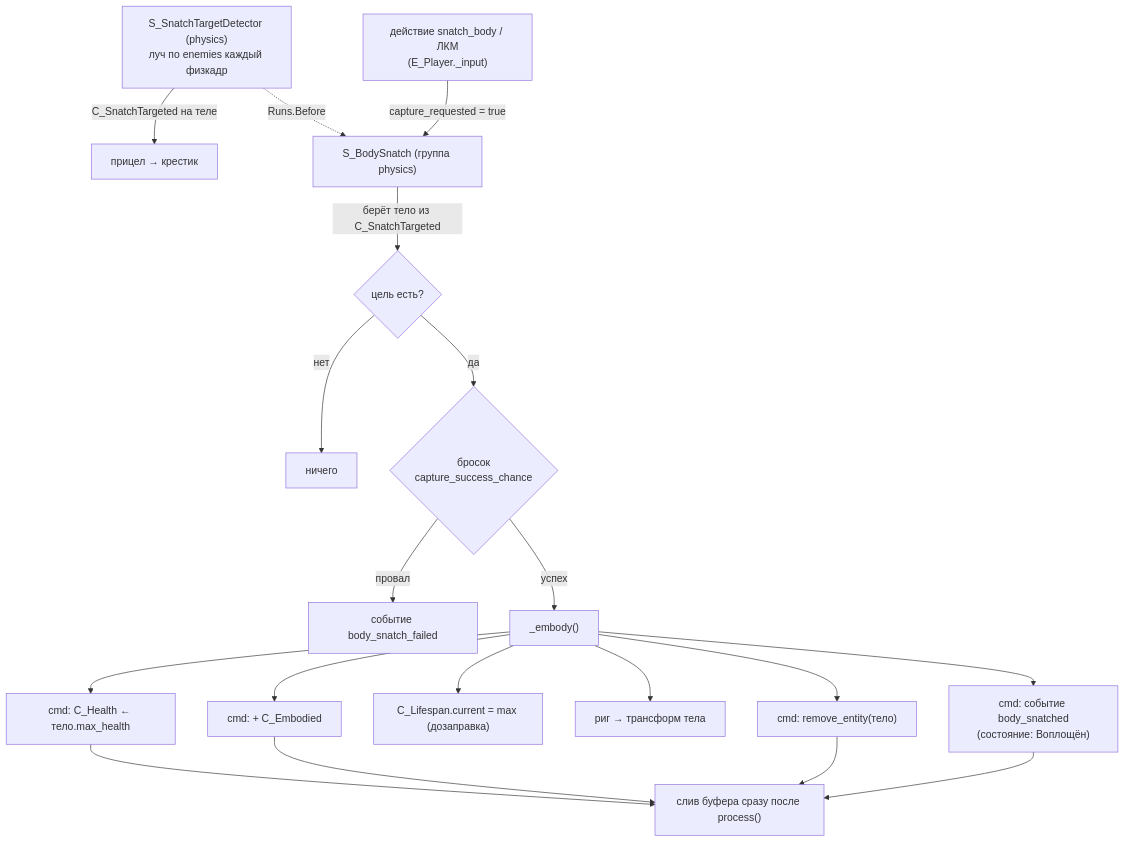
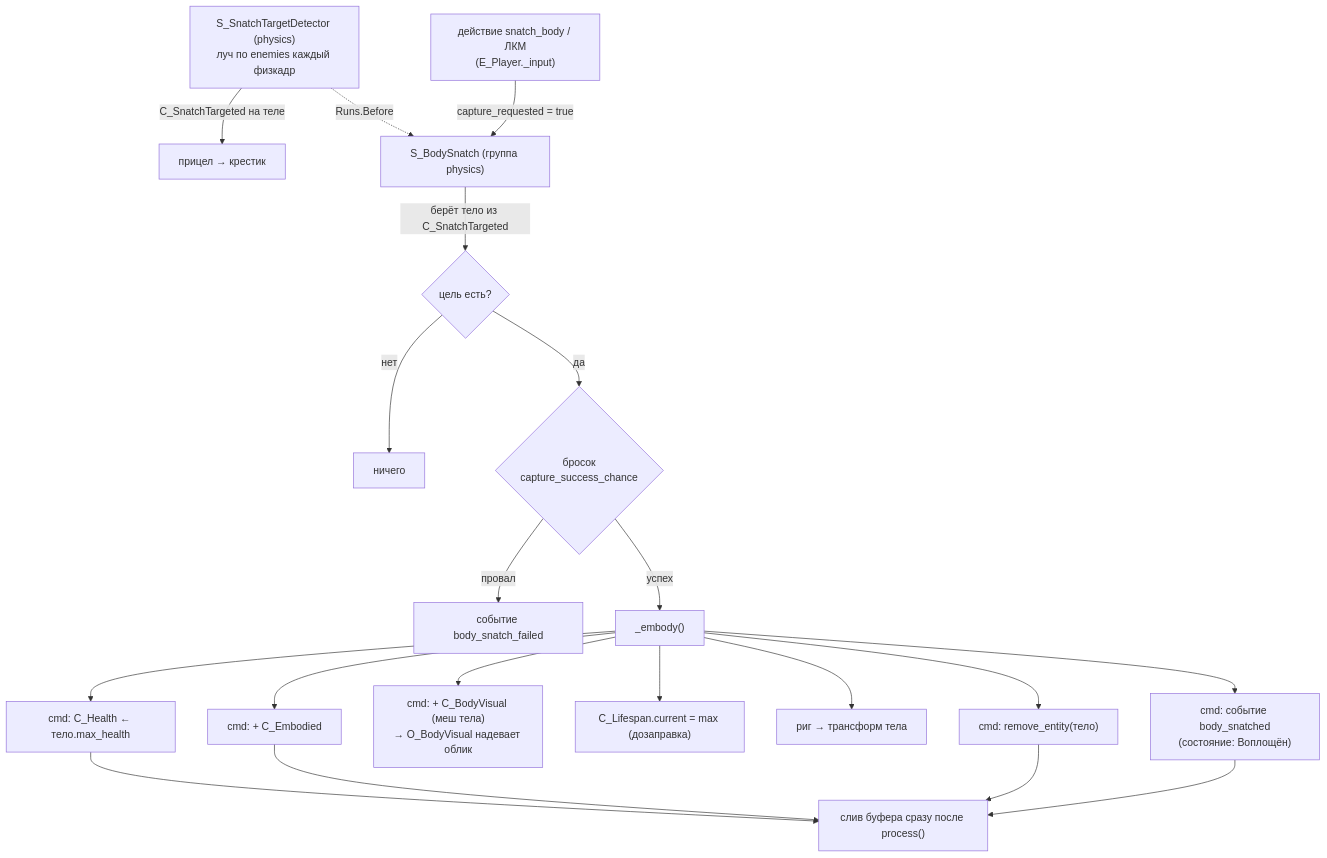
The first of 2 diagrams in docs/astral-genesis/how-to/Захват тела.md (Manshooo/astral-genesis), drawn with Mermaid before and after one commit. The commit also changed other lines of this file and 11 other files, not shown here.

````diff
--- a/docs/astral-genesis/how-to/Захват тела.md
+++ b/docs/astral-genesis/how-to/Захват тела.md
@@ -47,19 +47,20 @@
 ```mermaid
 flowchart TD
     det["S_SnatchTargetDetector (physics)<br/>луч по enemies каждый физкадр"] -->|"C_SnatchTargeted на теле"| cross["прицел → крестик"]
     lmb["действие snatch_body / ЛКМ<br/>(E_Player._input)"] -->|"capture_requested = true"| sbs["S_BodySnatch (группа physics)"]
     sbs -->|"берёт тело из C_SnatchTargeted"| hit{"цель есть?"}
     det -.->|"Runs.Before"| sbs
     hit -->|"нет"| idle["ничего"]
     hit -->|"да"| roll{"бросок<br/>capture_success_chance"}
     roll -->|"провал"| failed["событие body_snatch_failed"]
     roll -->|"успех"| embody["_embody()"]
 
     embody --> e1["cmd: C_Health ← тело.max_health"]
     embody --> e2["cmd: + C_Embodied"]
+    embody --> e2b["cmd: + C_BodyVisual (меш тела)<br/>→ O_BodyVisual надевает облик"]
     embody --> e3["C_Lifespan.current = max (дозаправка)"]
     embody --> e4["риг → трансформ тела"]
     embody --> e5["cmd: remove_entity(тело)"]
     embody --> done["cmd: событие body_snatched<br/>(состояние: Воплощён)"]
     e1 & e2 & e5 & done --> flush["слив буфера сразу после process()"]
 ```
````
